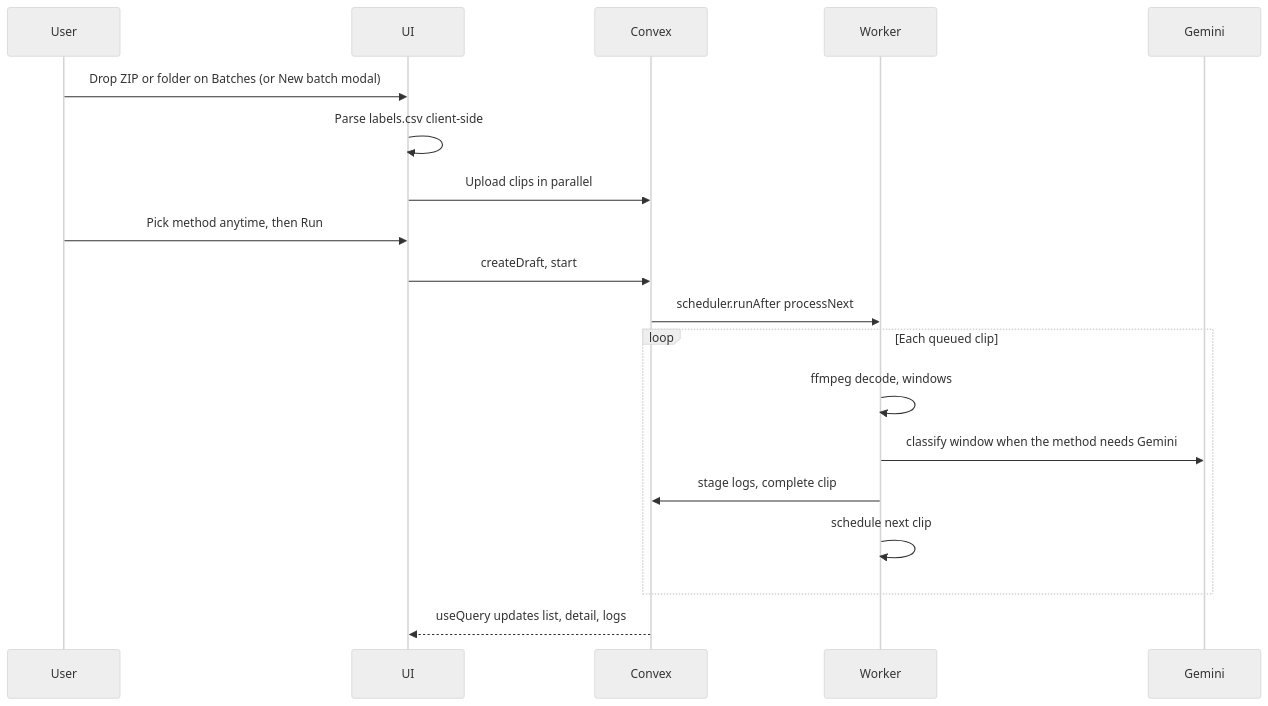
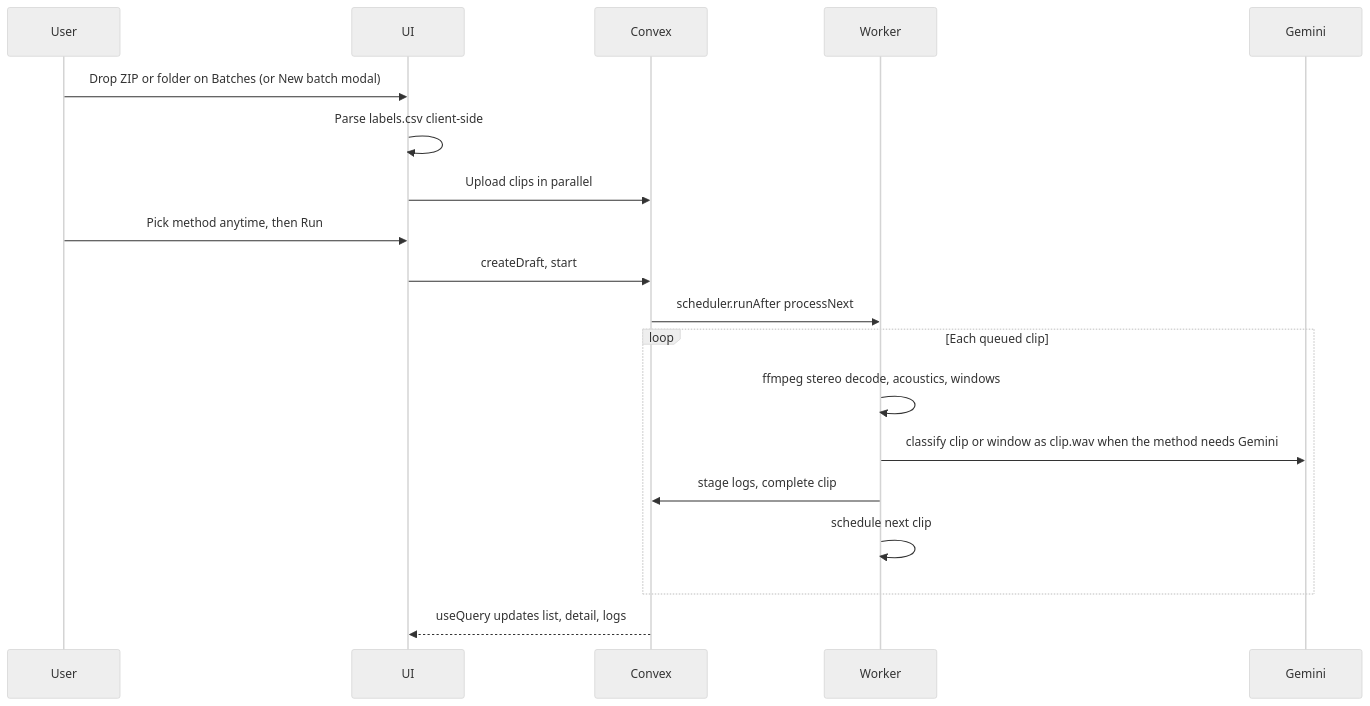
Before and after one commit to ftsaylon/autoace-voice-trial: the second of 2 diagrams in docs/ARCHITECTURE.md, drawn with Mermaid (neutral theme). The commit also changed other lines of this file and 62 other files, not shown here.

````diff
--- a/docs/ARCHITECTURE.md
+++ b/docs/ARCHITECTURE.md
@@ -57,22 +57,22 @@
 ```mermaid
 sequenceDiagram
   participant User
   participant UI
   participant Convex
   participant Worker
   participant Gemini
 
   User->>UI: Drop ZIP or folder on Batches (or New batch modal)
   UI->>UI: Parse labels.csv client-side
   UI->>Convex: Upload clips in parallel
   User->>UI: Pick method anytime, then Run
   UI->>Convex: createDraft, start
   Convex->>Worker: scheduler.runAfter processNext
   loop Each queued clip
-    Worker->>Worker: ffmpeg decode, windows
-    Worker->>Gemini: classify window when the method needs Gemini
+    Worker->>Worker: ffmpeg stereo decode, acoustics, windows
+    Worker->>Gemini: classify clip or window as clip.wav when the method needs Gemini
     Worker->>Convex: stage logs, complete clip
     Worker->>Worker: schedule next clip
   end
   Convex-->>UI: useQuery updates list, detail, logs
 ```
````
